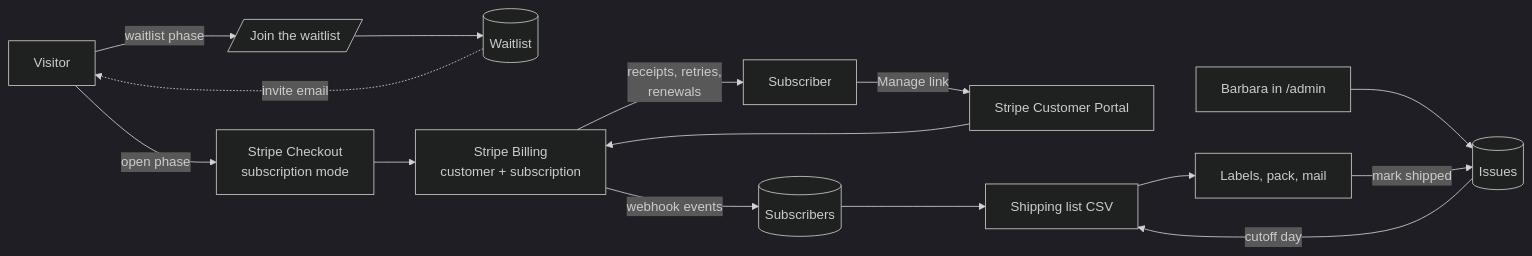
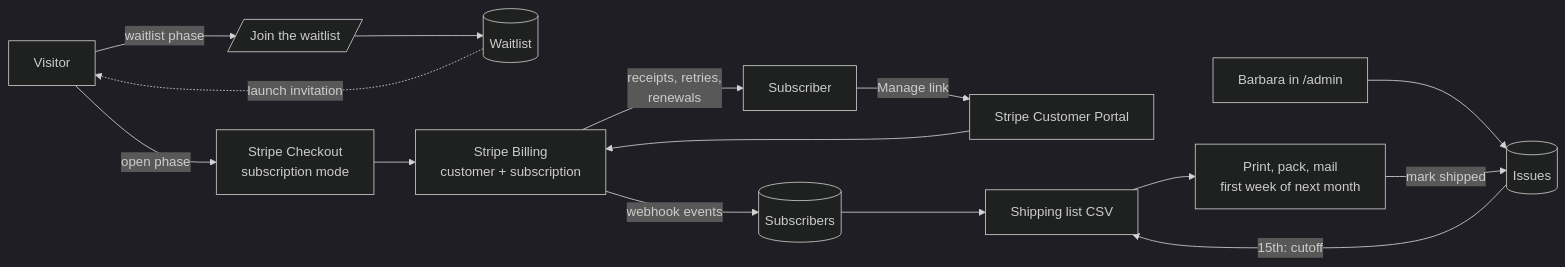
The diagram in SUBSCRIPTION.md (fonemstr/barbara-demers-art), drawn with Mermaid (dark theme) before and after one commit. The commit also changed other lines of this file and 1 other file, not shown here.

````diff
--- a/SUBSCRIPTION.md
+++ b/SUBSCRIPTION.md
@@ -46,17 +57,17 @@
 ```mermaid
 flowchart LR
   V[Visitor] -->|waitlist phase| W[/Join the waitlist/]
   V -->|open phase| C[Stripe Checkout<br/>subscription mode]
   W --> WL[(Waitlist)]
-  WL -.invite email.-> V
+  WL -.launch invitation.-> V
   C --> S[Stripe Billing<br/>customer + subscription]
   S -->|webhook events| DB[(Subscribers)]
   S -->|receipts, retries,<br/>renewals| Sub[Subscriber]
   Sub -->|Manage link| P[Stripe Customer Portal]
   P --> S
   B[Barbara in /admin] --> I[(Issues)]
-  I -->|cutoff day| L[Shipping list CSV]
+  I -->|15th: cutoff| L[Shipping list CSV]
   DB --> L
-  L --> Ship[Labels, pack, mail]
+  L --> Ship[Print, pack, mail<br/>first week of next month]
   Ship -->|mark shipped| I
 ```
````
